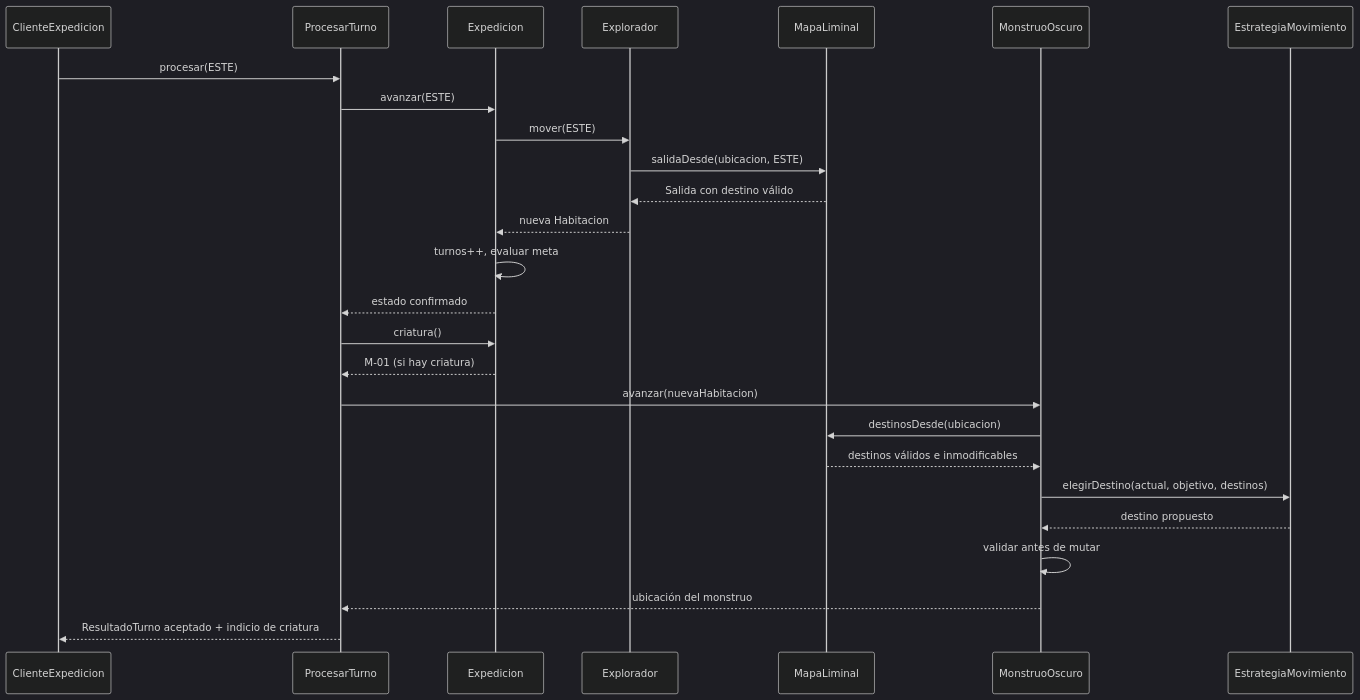
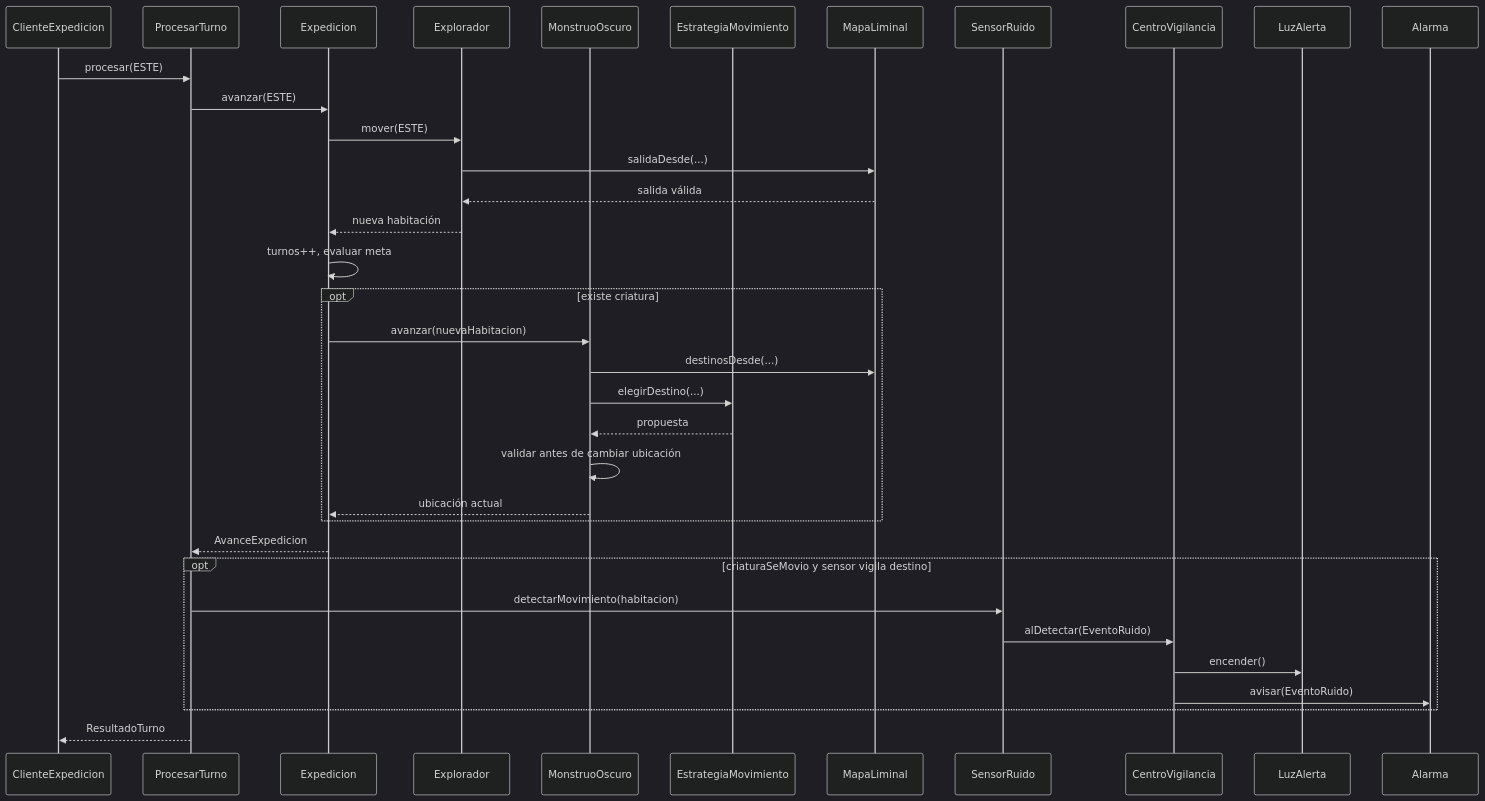
Before and after one commit to marcos-moreira-dev/Patrones-de-dise-o-Java: the fourth of 4 diagrams in proyectos/expedicion-liminal-integrada/docs/ARQUITECTURA.md, drawn with Mermaid (dark theme). The commit also changed other lines of this file and 1 other file, not shown here.

Commit message:
docs(integrador): UML final y auditoria de arquitectura y patrones

```diff
--- a/proyectos/expedicion-liminal-integrada/docs/ARQUITECTURA.md
+++ b/proyectos/expedicion-liminal-integrada/docs/ARQUITECTURA.md
@@ -173,28 +188,37 @@
 ~~~mermaid
 sequenceDiagram
     participant Cliente as ClienteExpedicion
     participant Caso as ProcesarTurno
     participant Sesion as Expedicion
     participant Exp as Explorador
+    participant M as MonstruoOscuro
+    participant Estrategia as EstrategiaMovimiento
     participant Mapa as MapaLiminal
-    participant Monstruo as MonstruoOscuro
-    participant Estrategia as EstrategiaMovimiento
+    participant Sensor as SensorRuido
+    participant Centro as CentroVigilancia
+    participant Luz as LuzAlerta
+    participant Alarma
     Cliente->>Caso: procesar(ESTE)
     Caso->>Sesion: avanzar(ESTE)
     Sesion->>Exp: mover(ESTE)
-    Exp->>Mapa: salidaDesde(ubicacion, ESTE)
-    Mapa-->>Exp: Salida con destino válido
-    Exp-->>Sesion: nueva Habitacion
+    Exp->>Mapa: salidaDesde(...)
+    Mapa-->>Exp: salida válida
+    Exp-->>Sesion: nueva habitación
     Sesion->>Sesion: turnos++, evaluar meta
-    Sesion-->>Caso: estado confirmado
-    Caso->>Sesion: criatura()
-    Sesion-->>Caso: M-01 (si hay criatura)
-    Caso->>Monstruo: avanzar(nuevaHabitacion)
-    Monstruo->>Mapa: destinosDesde(ubicacion)
-    Mapa-->>Monstruo: destinos válidos e inmodificables
-    Monstruo->>Estrategia: elegirDestino(actual, objetivo, destinos)
-    Estrategia-->>Monstruo: destino propuesto
-    Monstruo->>Monstruo: validar antes de mutar
-    Monstruo-->>Caso: ubicación del monstruo
-    Caso-->>Cliente: ResultadoTurno aceptado + indicio de criatura
+    opt existe criatura
+        Sesion->>M: avanzar(nuevaHabitacion)
+        M->>Mapa: destinosDesde(...)
+        M->>Estrategia: elegirDestino(...)
+        Estrategia-->>M: propuesta
+        M->>M: validar antes de cambiar ubicación
+        M-->>Sesion: ubicación actual
+    end
+    Sesion-->>Caso: AvanceExpedicion
+    opt criaturaSeMovio y sensor vigila destino
+        Caso->>Sensor: detectarMovimiento(habitacion)
+        Sensor->>Centro: alDetectar(EventoRuido)
+        Centro->>Luz: encender()
+        Centro->>Alarma: avisar(EventoRuido)
+    end
+    Caso-->>Cliente: ResultadoTurno
 ~~~
```
